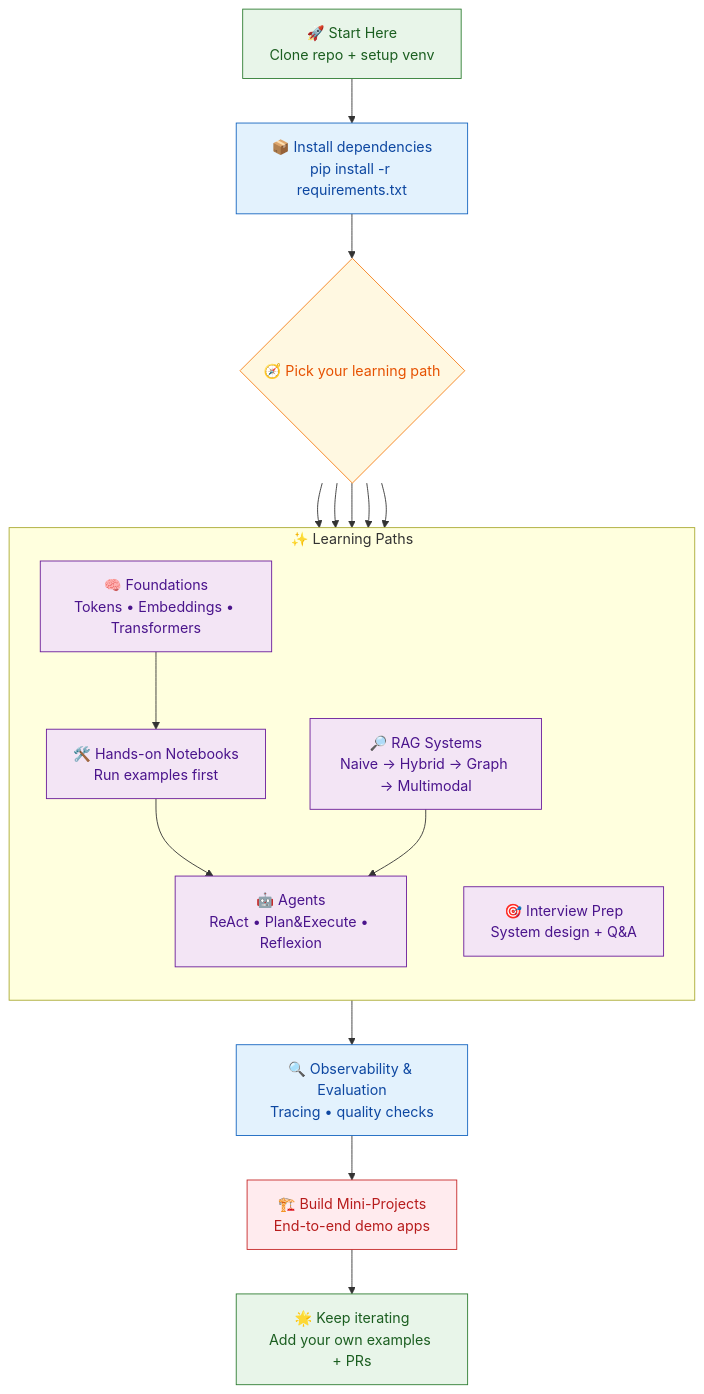
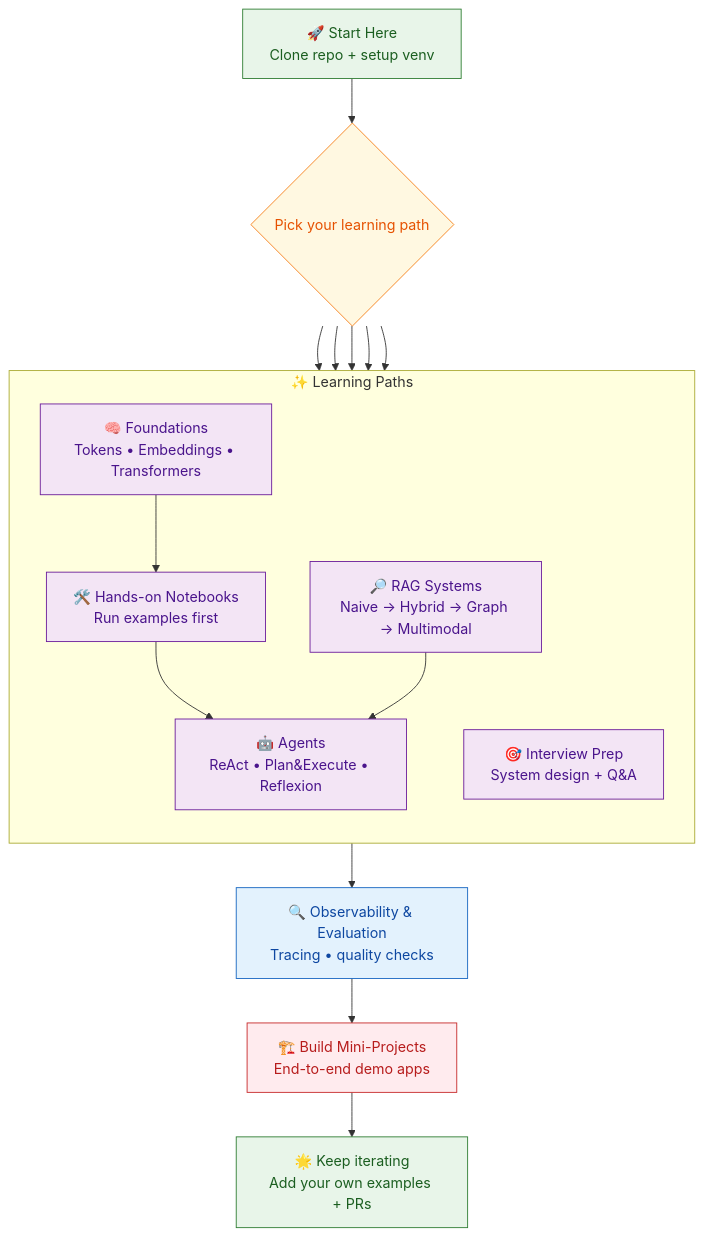
Before and after one commit to 05satyam/AI-ML: the diagram in README.md, drawn with Mermaid. The commit also changed other lines of this file, not shown here.

First line of the commit message:
Refine learning paths in README (#29)

````diff
--- a/README.md
+++ b/README.md
@@ -87,41 +76,40 @@
 ```mermaid
 flowchart TD
   %% ========== Styles ==========
   classDef start fill:#E8F5E9,stroke:#2E7D32,stroke-width:1px,color:#1B5E20;
   classDef step  fill:#E3F2FD,stroke:#1565C0,stroke-width:1px,color:#0D47A1;
   classDef choice fill:#FFF8E1,stroke:#F57F17,stroke-width:1px,color:#E65100;
   classDef path  fill:#F3E5F5,stroke:#6A1B9A,stroke-width:1px,color:#4A148C;
   classDef build fill:#FFEBEE,stroke:#C62828,stroke-width:1px,color:#B71C1C;
 
   %% ========== Flow ==========
   A["🚀 Start Here<br/>Clone repo + setup venv"]:::start
-  B["📦 Install dependencies<br/>pip install -r requirements.txt"]:::step
-  C{"🧭 Pick your learning path"}:::choice
+  C{"Pick your learning path"}:::choice
 
   subgraph P["✨ Learning Paths"]
     direction TB
     F["🧠 Foundations<br/>Tokens • Embeddings • Transformers"]:::path
     H["🛠️ Hands-on Notebooks<br/>Run examples first"]:::path
     R["🔎 RAG Systems<br/>Naive → Hybrid → Graph → Multimodal"]:::path
     AG["🤖 Agents<br/>ReAct • Plan&Execute • Reflexion"]:::path
     I["🎯 Interview Prep<br/>System design + Q&A"]:::path
   end
 
   D["🔍 Observability & Evaluation<br/>Tracing • quality checks"]:::step
   E["🏗️ Build Mini-Projects<br/>End-to-end demo apps"]:::build
   Z["🌟 Keep iterating<br/>Add your own examples + PRs"]:::start
 
   %% ========== Edges ==========
-  A --> B --> C
+  A --> C
   C --> F
   C --> H
   C --> R
   C --> AG
   C --> I
 
   F --> H
   H --> AG
   R --> AG
   AG --> D --> E --> Z
 
 ```
````
